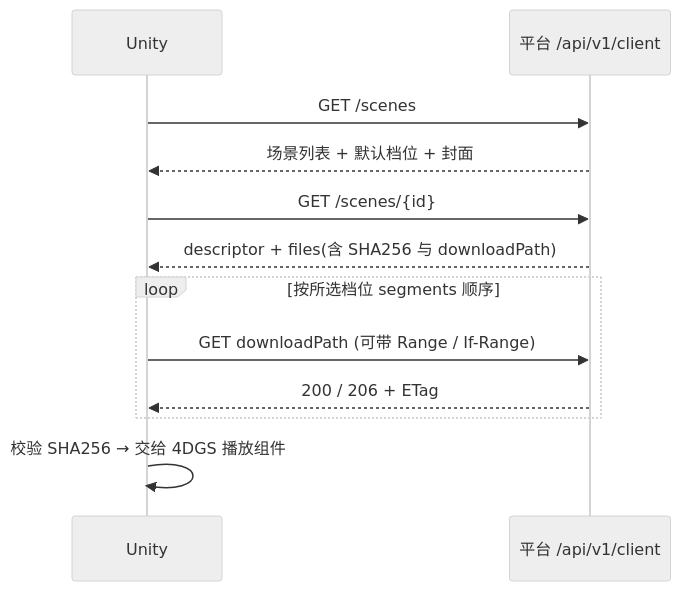
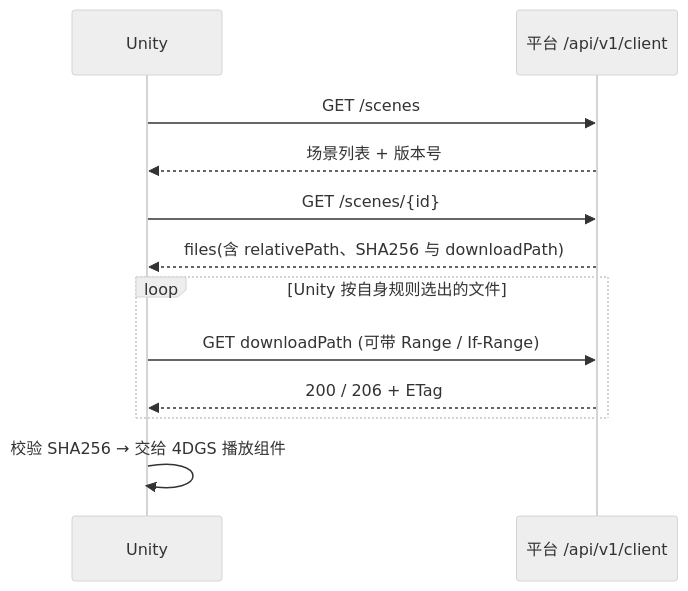
One commit to dailiuyi/innovation-ar-resource-platform changed the diagram in docs/22-unity-integration.md. Above: the diagram before and after it, drawn with Mermaid (neutral theme). The commit also changed other lines of this file and 44 other files, not shown here.

````diff
--- a/docs/22-unity-integration.md
+++ b/docs/22-unity-integration.md
@@ -63,14 +63,14 @@
 ```mermaid
 sequenceDiagram
     participant U as Unity
     participant S as 平台 /api/v1/client
     U->>S: GET /scenes
-    S-->>U: 场景列表 + 默认档位 + 封面
+    S-->>U: 场景列表 + 版本号
     U->>S: GET /scenes/{id}
-    S-->>U: descriptor + files(含 SHA256 与 downloadPath)
-    loop 按所选档位 segments 顺序
+    S-->>U: files(含 relativePath、SHA256 与 downloadPath)
+    loop Unity 按自身规则选出的文件
         U->>S: GET downloadPath (可带 Range / If-Range)
         S-->>U: 200 / 206 + ETag
     end
     U->>U: 校验 SHA256 → 交给 4DGS 播放组件
 ```
````
